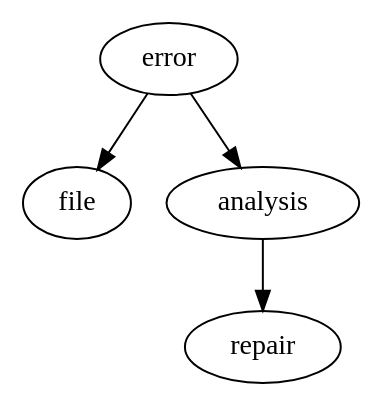
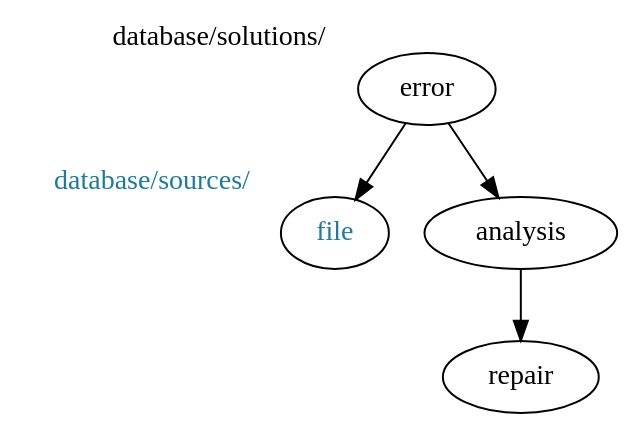
One commit to Digital-Preservation-Finland/knowledge-base changed the diagram in docs/graphs/datamodel.dot. Above: the diagram before and after it, drawn with Graphviz. The commit also changed 2 other files, not shown here.

```diff
--- a/docs/graphs/datamodel.dot
+++ b/docs/graphs/datamodel.dot
@@ -1,6 +1,11 @@
 digraph model {
+
+	layout=dot
 
 	error -> file
 	error -> analysis
 	analysis -> repair
+
+	error [xlabel="database/solutions/"]
+	file [xlabel="database/sources/",fontcolor="#1c7ba0"]
 }
```
